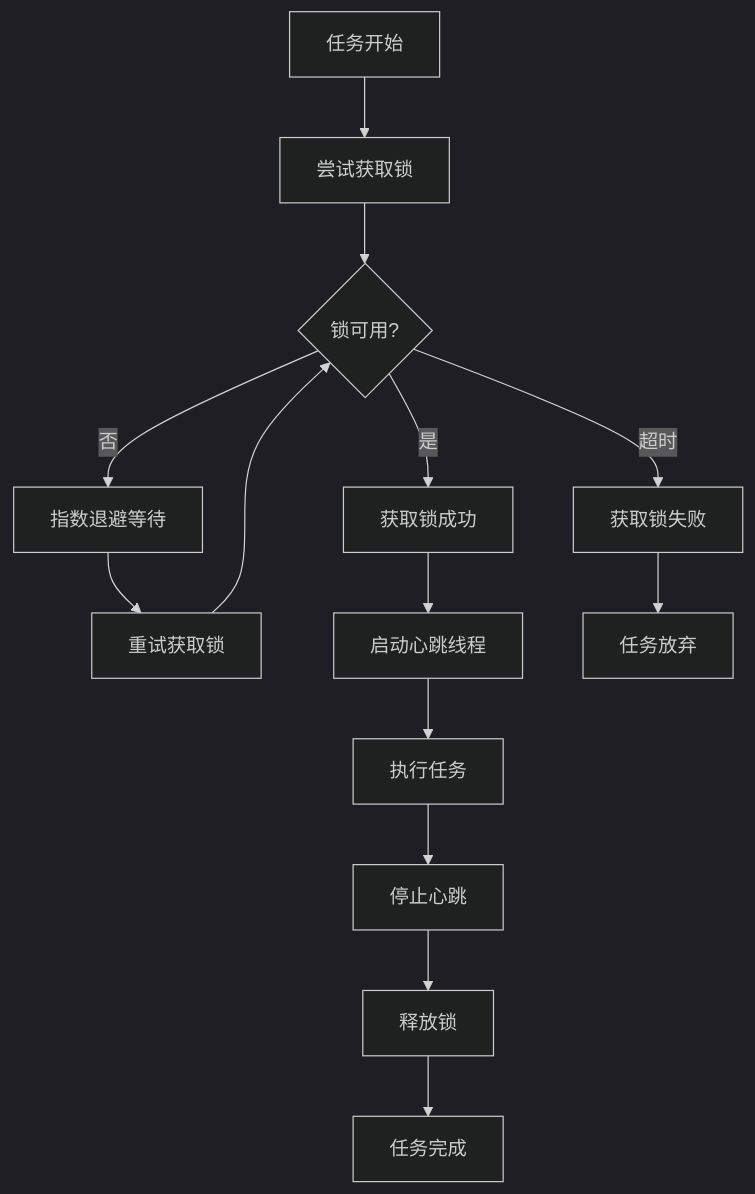
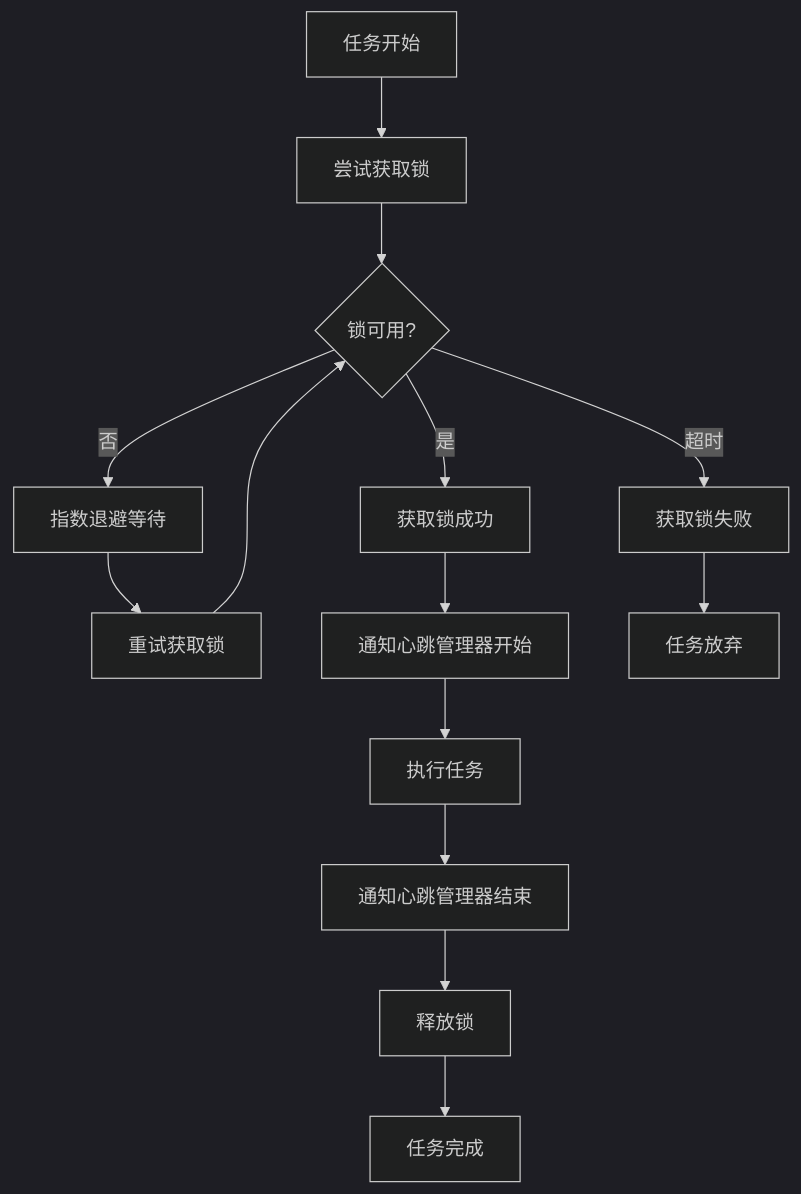
One commit to wionch/YiVideo changed the diagram in docs/technical/reference/GPU_LOCK_COMPLETE_GUIDE.md. Above: the diagram before and after it, drawn with Mermaid (dark theme). The commit also changed other lines of this file and 21 other files, not shown here.

````diff
--- a/docs/technical/reference/GPU_LOCK_COMPLETE_GUIDE.md
+++ b/docs/technical/reference/GPU_LOCK_COMPLETE_GUIDE.md
@@ -134,17 +139,17 @@
 ```mermaid
 graph TD
     A[任务开始] --> B[尝试获取锁]
     B --> C{锁可用?}
     C -->|是| D[获取锁成功]
     C -->|否| E[指数退避等待]
     E --> F[重试获取锁]
     F --> C
-    D --> G[启动心跳线程]
+    D --> G[通知心跳管理器开始]
     G --> H[执行任务]
-    H --> I[停止心跳]
+    H --> I[通知心跳管理器结束]
     I --> J[释放锁]
     J --> K[任务完成]
 
     C -->|超时| L[获取锁失败]
     L --> M[任务放弃]
 ```
````
